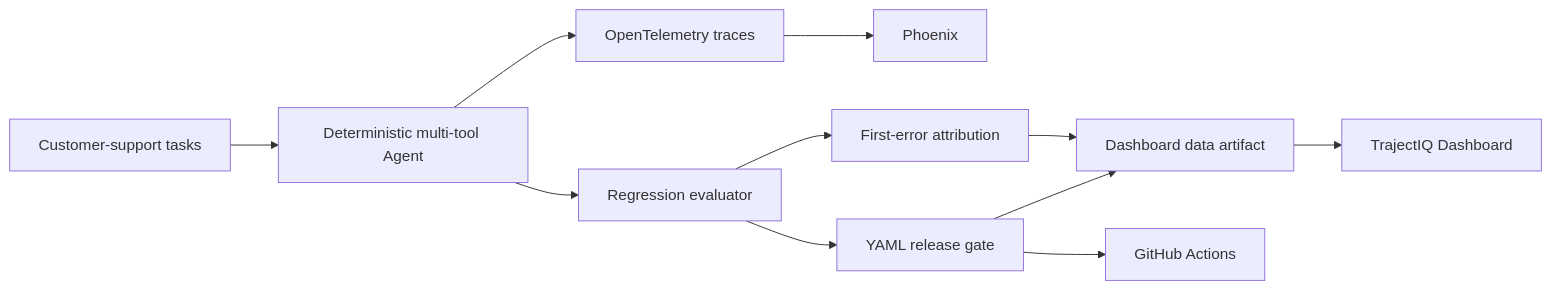
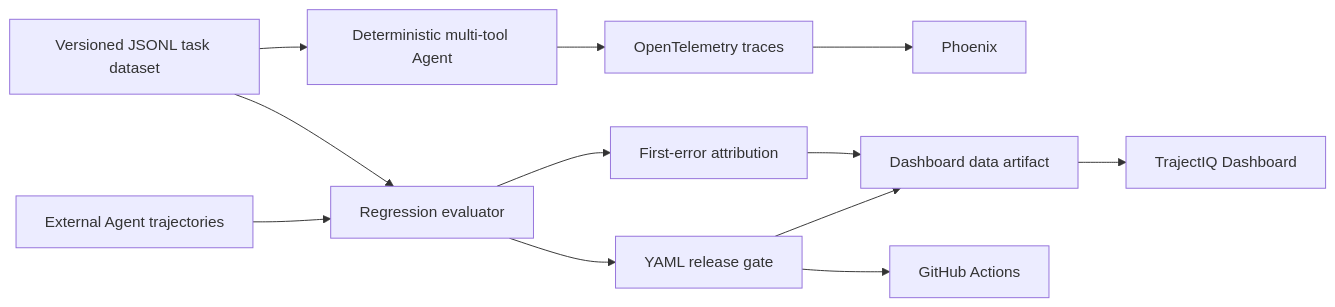
The diagram in ARCHITECTURE.md (yibo0210/TrajectIQ), drawn with Mermaid before and after one commit. The commit also changed other lines of this file and 17 other files, not shown here.

Commit message:
feat: add external trace evaluation and versioned datasets

```diff
--- a/ARCHITECTURE.md
+++ b/ARCHITECTURE.md
@@ -3,13 +3,14 @@
 ~~~mermaid
 flowchart LR
-  A[Customer-support tasks] --> B[Deterministic multi-tool Agent]
+  A[Versioned JSONL task dataset] --> B[Deterministic multi-tool Agent]
+  A --> E[Regression evaluator]
   B --> C[OpenTelemetry traces]
   C --> D[Phoenix]
-  B --> E[Regression evaluator]
+  X[External Agent trajectories] --> E
   E --> F[First-error attribution]
   E --> G[YAML release gate]
   F --> H[Dashboard data artifact]
   G --> H
   H --> I[TrajectIQ Dashboard]
   G --> J[GitHub Actions]
 ~~~
```
